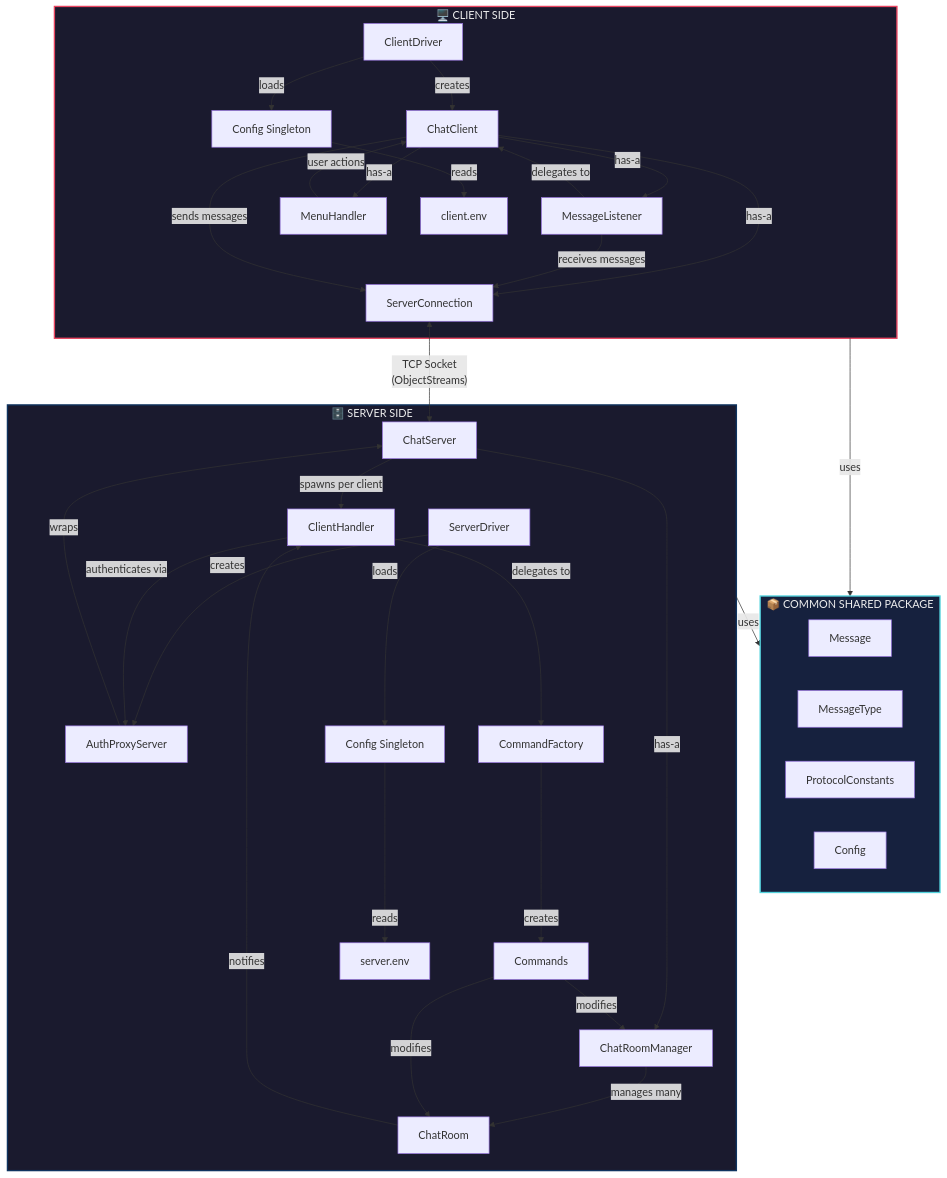
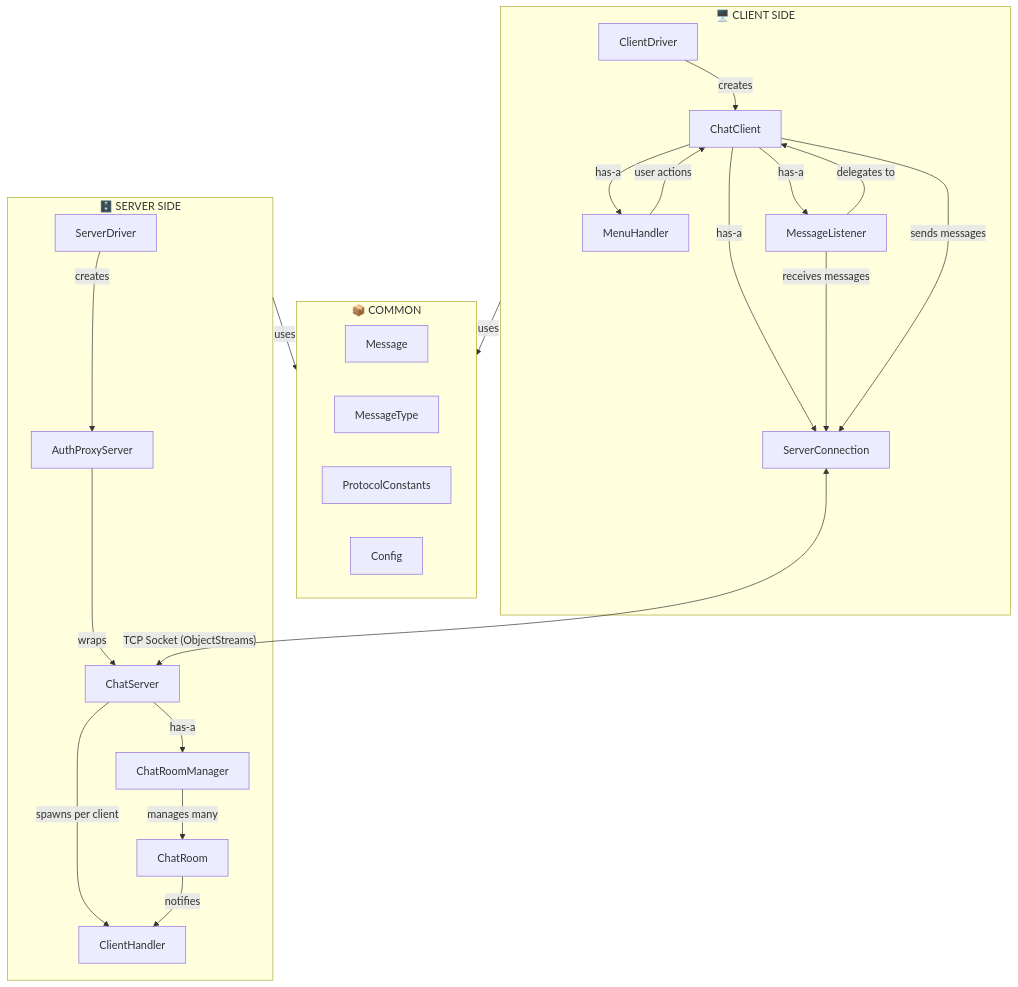
One commit to HarshitSahu01/java-socket-chatapp changed the diagram in README.md. Above: the diagram before and after it, drawn with Mermaid. The commit also changed other lines of this file and 30 other files, not shown here.

````diff
--- a/README.md
+++ b/README.md
@@ -83,64 +65,47 @@
 ```mermaid
 graph TB
     subgraph CLIENT_SIDE["🖥️ CLIENT SIDE"]
         CD[ClientDriver]
         CC[ChatClient]
         SC[ServerConnection]
         ML[MessageListener]
         MH[MenuHandler]
-        CE[client.env]
 
         CD -->|creates| CC
         CC -->|has-a| SC
         CC -->|has-a| ML
         CC -->|has-a| MH
-        CD -->|loads| CFG_C[Config Singleton]
-        CFG_C -->|reads| CE
         ML -->|receives messages| SC
         ML -->|delegates to| CC
         MH -->|user actions| CC
         CC -->|sends messages| SC
     end
 
-    subgraph COMMON["📦 COMMON SHARED PACKAGE"]
+    subgraph COMMON["📦 COMMON"]
         MSG[Message]
         MT[MessageType]
         PC[ProtocolConstants]
         CFG[Config]
     end
 
     subgraph SERVER_SIDE["🗄️ SERVER SIDE"]
         SD[ServerDriver]
         AP[AuthProxyServer]
         CS[ChatServer]
         CH[ClientHandler]
         CRM[ChatRoomManager]
         CR[ChatRoom]
-        CMF[CommandFactory]
-        CMD[Commands]
-        SE[server.env]
 
         SD -->|creates| AP
         AP -->|wraps| CS
-        SD -->|loads| CFG_S[Config Singleton]
-        CFG_S -->|reads| SE
         CS -->|spawns per client| CH
         CS -->|has-a| CRM
         CRM -->|manages many| CR
-        CH -->|delegates to| CMF
-        CMF -->|creates| CMD
-        CMD -->|modifies| CRM
-        CMD -->|modifies| CR
         CR -->|notifies| CH
-        CH -->|authenticates via| AP
     end
 
-    SC <-->|"TCP Socket\n(ObjectStreams)"| CS
+    SC <-->|"TCP Socket (ObjectStreams)"| CS
 
     CLIENT_SIDE -->|uses| COMMON
     SERVER_SIDE -->|uses| COMMON
-
-    style CLIENT_SIDE fill:#1a1a2e,stroke:#e94560,stroke-width:2px,color:#eee
-    style SERVER_SIDE fill:#1a1a2e,stroke:#0f3460,stroke-width:2px,color:#eee
-    style COMMON fill:#16213e,stroke:#53d2dc,stroke-width:2px,color:#eee
 ```
````
